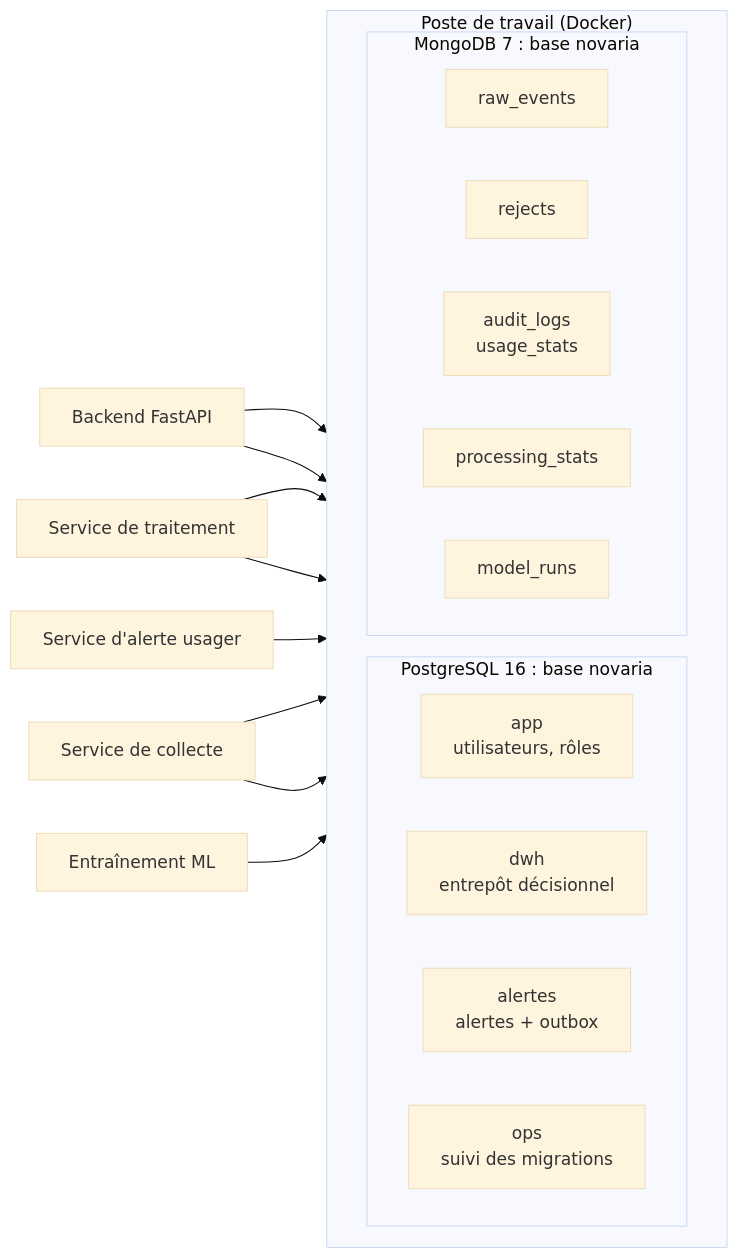
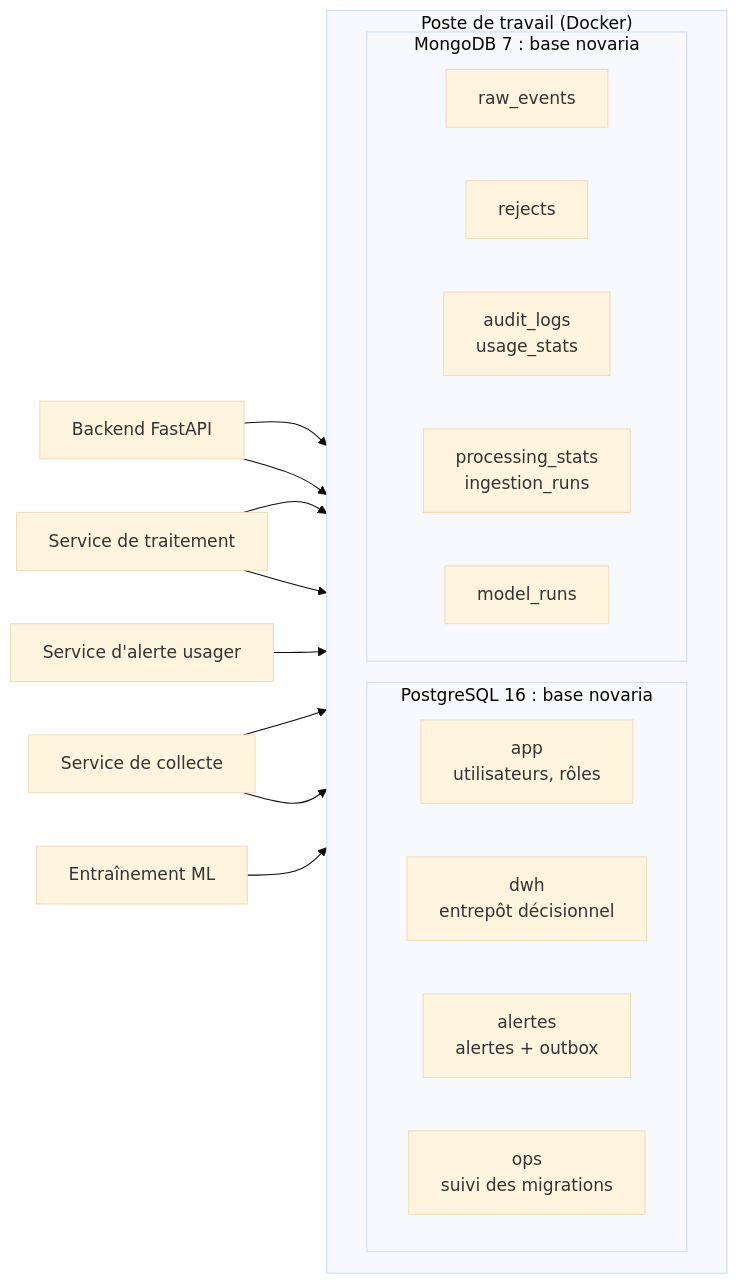
Before and after one commit to RobelManoa/novaria-core: the diagram in docs/03-donnees/base-de-donnees-locale.md, drawn with Mermaid (base theme). The commit also changed other lines of this file and 33 other files, not shown here.

````diff
--- a/docs/03-donnees/base-de-donnees-locale.md
+++ b/docs/03-donnees/base-de-donnees-locale.md
@@ -7,27 +7,27 @@
 ```mermaid
 flowchart LR
     subgraph poste["Poste de travail (Docker)"]
         direction LR
         subgraph pg["PostgreSQL 16 : base novaria"]
             A[app<br/>utilisateurs, rôles]
             D[dwh<br/>entrepôt décisionnel]
             L[alertes<br/>alertes + outbox]
             O[ops<br/>suivi des migrations]
         end
         subgraph mg["MongoDB 7 : base novaria"]
             R[raw_events]
             J[rejects]
             U[audit_logs<br/>usage_stats]
-            P[processing_stats]
+            P[processing_stats<br/>ingestion_runs]
             M[model_runs]
         end
     end
     API[Backend FastAPI] --> A
     API --> U
     TR[Service de traitement] --> D
     TR --> P
     AL[Service d'alerte usager] --> L
     CO[Service de collecte] --> R
     CO --> J
     ML[Entraînement ML] --> M
 ```
````
